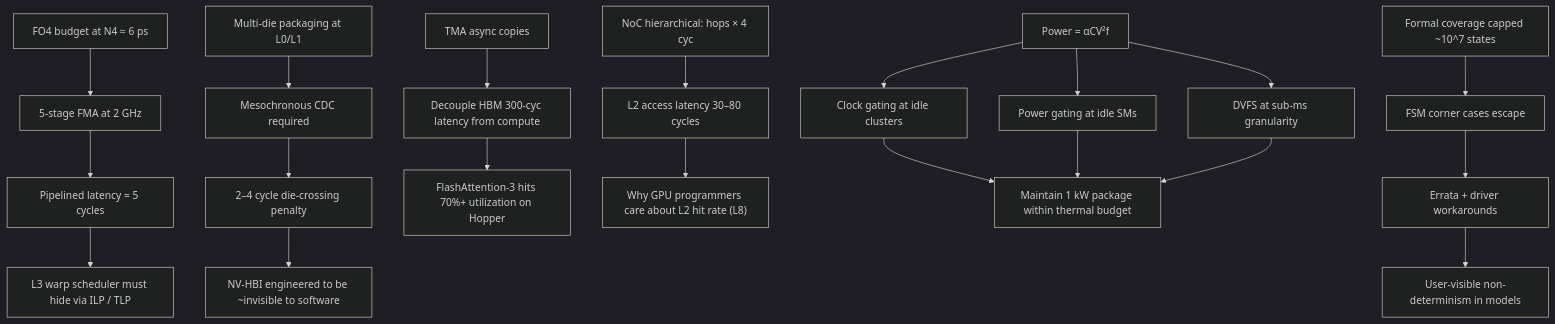
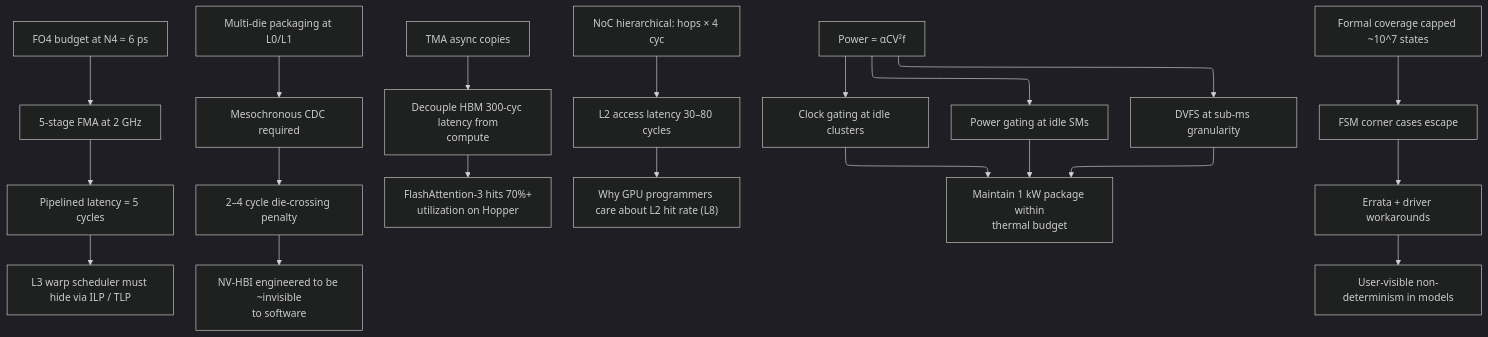
The ninth of 9 diagrams in ai_infra/L2_Digital_Design_for_AI/Digital_Design_For_AI.md (Wty2003328/ai_infra_intro), drawn with Mermaid (dark theme) before and after one commit. The commit also changed other lines of this file and 108 other files, not shown here.

````diff
--- a/ai_infra/L2_Digital_Design_for_AI/Digital_Design_For_AI.md
+++ b/ai_infra/L2_Digital_Design_for_AI/Digital_Design_For_AI.md
@@ -490,25 +498,26 @@
 ```mermaid
+%%{init: {"flowchart": {"defaultRenderer": "elk", "nodeSpacing": 60, "rankSpacing": 60, "htmlLabels": false}}}%%
 flowchart TD
     A[FO4 budget at N4 ≈ 6 ps] --> B[5-stage FMA at 2 GHz]
     B --> C[Pipelined latency = 5 cycles]
     C --> D["L3 warp scheduler must hide via ILP / TLP"]
 
     E[Multi-die packaging at L0/L1] --> F[Mesochronous CDC required]
     F --> G[2–4 cycle die-crossing penalty]
-    G --> H[NV-HBI engineered to be ~invisible to software]
+    G --> H[NV-HBI engineered to be ~invisible<br/>to software]
 
-    I[TMA async copies] --> J[Decouple HBM 300-cyc latency from compute]
-    J --> K[FlashAttention-3 hits 70%+ utilization on Hopper]
+    I[TMA async copies] --> J[Decouple HBM 300-cyc latency from<br/>compute]
+    J --> K[FlashAttention-3 hits 70%+<br/>utilization on Hopper]
 
     L[NoC hierarchical: hops × 4 cyc] --> M[L2 access latency 30–80 cycles]
     M --> N["Why GPU programmers care about L2 hit rate (L8)"]
 
     O["Power = αCV²f"] --> P[Clock gating at idle clusters]
     O --> Q[Power gating at idle SMs]
     O --> R[DVFS at sub-ms granularity]
-    P & Q & R --> S[Maintain 1 kW package within thermal budget]
+    P & Q & R --> S[Maintain 1 kW package within<br/>thermal budget]
 
     T[Formal coverage capped ~10^7 states] --> U[FSM corner cases escape]
     U --> V[Errata + driver workarounds]
     V --> W["User-visible non-determinism in models"]
 ```
````
